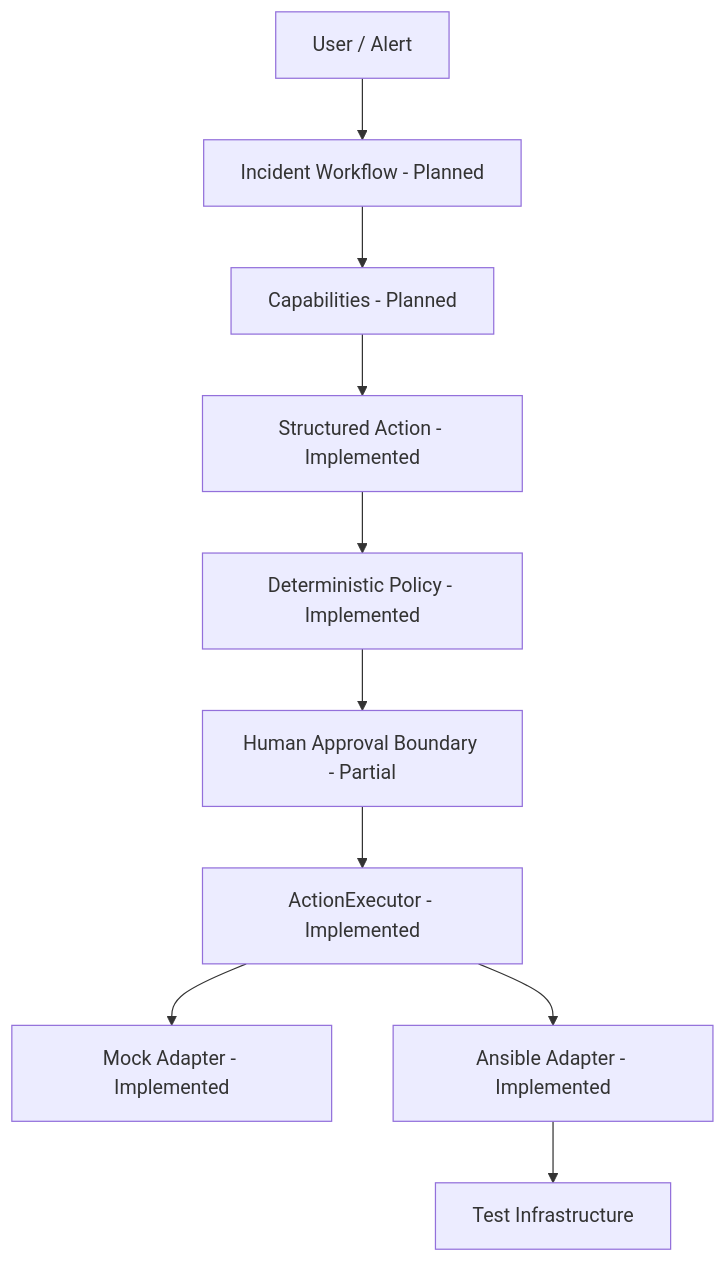
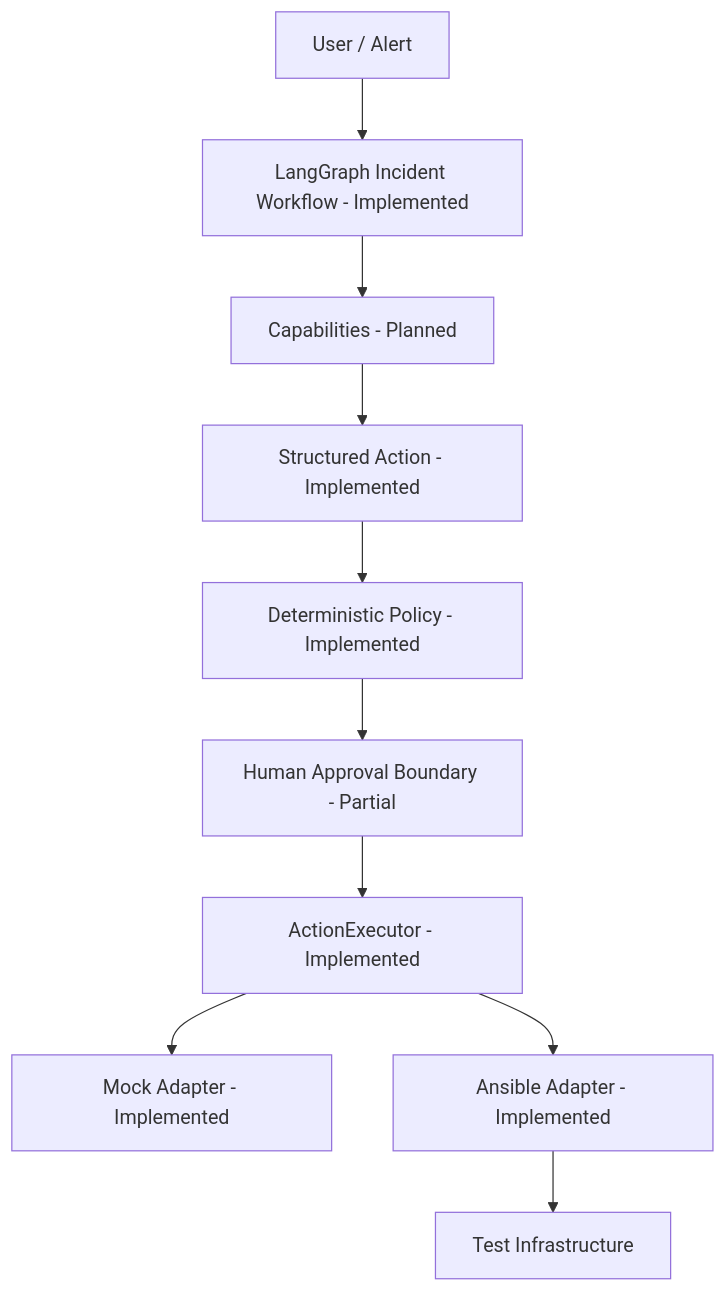
One commit to soren-max/OpsPilot changed the diagram in README.md. Above: the diagram before and after it, drawn with Mermaid. The commit also changed other lines of this file and 59 other files, not shown here.

Commit message:
feat(workflow): add langgraph incident orchestration

````diff
--- a/README.md
+++ b/README.md
@@ -27,12 +27,12 @@
 ```mermaid
 flowchart TD
-  User[User / Alert] --> Workflow[Incident Workflow - Planned]
+  User[User / Alert] --> Workflow[LangGraph Incident Workflow - Implemented]
   Workflow --> Capabilities[Capabilities - Planned]
   Capabilities --> Action[Structured Action - Implemented]
   Action --> Policy[Deterministic Policy - Implemented]
   Policy --> Approval[Human Approval Boundary - Partial]
   Approval --> Executor[ActionExecutor - Implemented]
   Executor --> Mock[Mock Adapter - Implemented]
   Executor --> Ansible[Ansible Adapter - Implemented]
   Ansible --> Infrastructure[Test Infrastructure]
 ```
````
